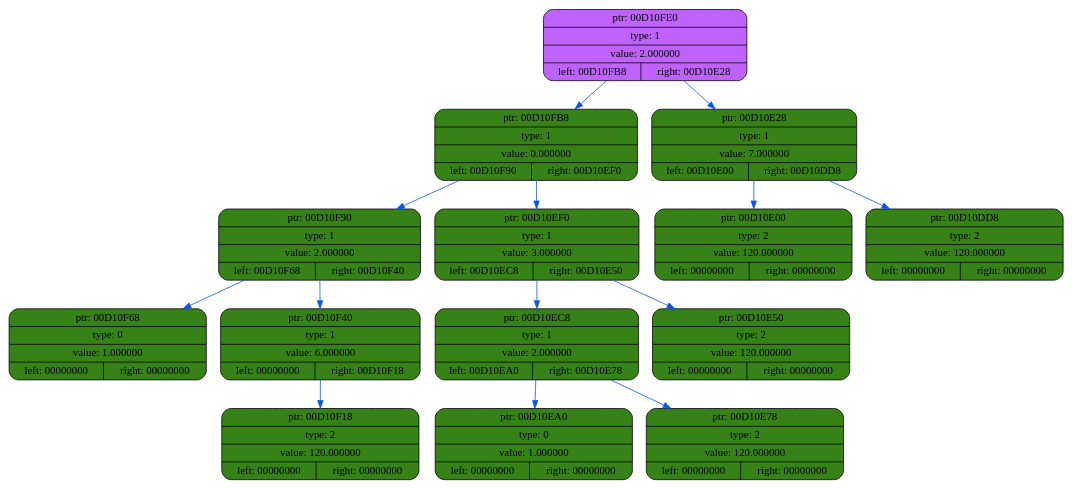
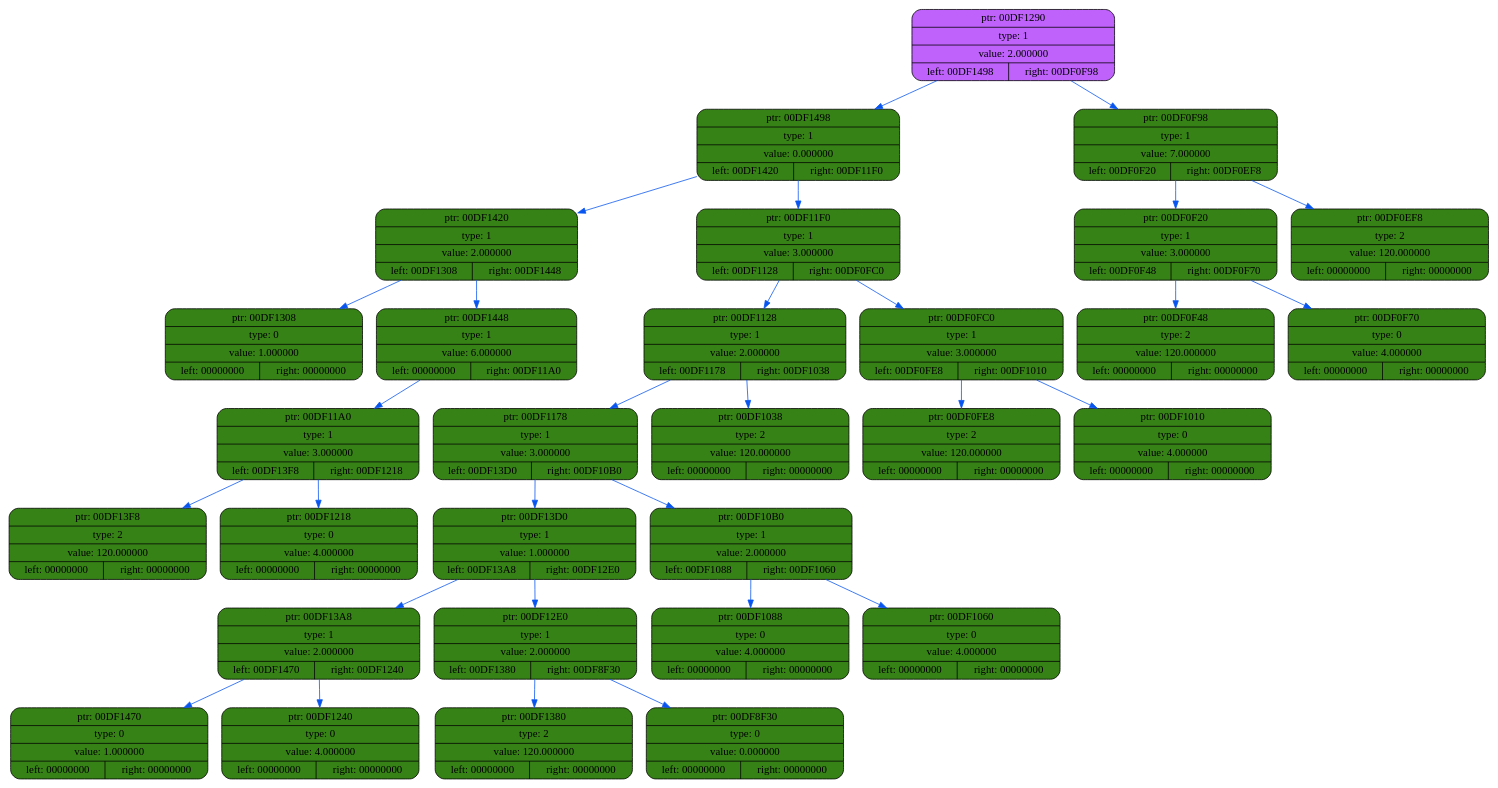
The diagram in dump/dump2.dot (coffee8cat/differentiator), drawn with Graphviz before and after one commit. The commit also changed 22 other files, not shown here.

```diff
--- a/dump/dump2.dot
+++ b/dump/dump2.dot
@@ -1,32 +1,64 @@
 digraph
 {
     rankdir=TP
 
-        node00D10FE0[shape=record,style="rounded,filled",fillcolor="#BF62FC",label="{ ptr: 00D10FE0 | type: 1 | value: 2.000000| { left: 00D10FB8 | right: 00D10E28 }}"];
-    node00D10FE0 -> node00D10FB8[color="#0855F0"]
-    node00D10FB8[shape=record,style="rounded,filled",fillcolor="#378217",label="{ ptr: 00D10FB8 | type: 1 | value: 0.000000| { left: 00D10F90 | right: 00D10EF0 }}"];
-    node00D10FB8 -> node00D10F90[color="#0855F0"]
-    node00D10F90[shape=record,style="rounded,filled",fillcolor="#378217",label="{ ptr: 00D10F90 | type: 1 | value: 2.000000| { left: 00D10F68 | right: 00D10F40 }}"];
-    node00D10F90 -> node00D10F68[color="#0855F0"]
-    node00D10F68[shape=record,style="rounded,filled",fillcolor="#378217",label="{ ptr: 00D10F68 | type: 0 | value: 1.000000| { left: 00000000 | right: 00000000 }}"];
-    node00D10F90 -> node00D10F40[color="#0855F0"]
-    node00D10F40[shape=record,style="rounded,filled",fillcolor="#378217",label="{ ptr: 00D10F40 | type: 1 | value: 6.000000| { left: 00000000 | right: 00D10F18 }}"];
-    node00D10F40 -> node00D10F18[color="#0855F0"]
-    node00D10F18[shape=record,style="rounded,filled",fillcolor="#378217",label="{ ptr: 00D10F18 | type: 2 | value: 120.000000| { left: 00000000 | right: 00000000 }}"];
-    node00D10FB8 -> node00D10EF0[color="#0855F0"]
-    node00D10EF0[shape=record,style="rounded,filled",fillcolor="#378217",label="{ ptr: 00D10EF0 | type: 1 | value: 3.000000| { left: 00D10EC8 | right: 00D10E50 }}"];
-    node00D10EF0 -> node00D10EC8[color="#0855F0"]
-    node00D10EC8[shape=record,style="rounded,filled",fillcolor="#378217",label="{ ptr: 00D10EC8 | type: 1 | value: 2.000000| { left: 00D10EA0 | right: 00D10E78 }}"];
-    node00D10EC8 -> node00D10EA0[color="#0855F0"]
-    node00D10EA0[shape=record,style="rounded,filled",fillcolor="#378217",label="{ ptr: 00D10EA0 | type: 0 | value: 1.000000| { left: 00000000 | right: 00000000 }}"];
-    node00D10EC8 -> node00D10E78[color="#0855F0"]
-    node00D10E78[shape=record,style="rounded,filled",fillcolor="#378217",label="{ ptr: 00D10E78 | type: 2 | value: 120.000000| { left: 00000000 | right: 00000000 }}"];
-    node00D10EF0 -> node00D10E50[color="#0855F0"]
-    node00D10E50[shape=record,style="rounded,filled",fillcolor="#378217",label="{ ptr: 00D10E50 | type: 2 | value: 120.000000| { left: 00000000 | right: 00000000 }}"];
-    node00D10FE0 -> node00D10E28[color="#0855F0"]
-    node00D10E28[shape=record,style="rounded,filled",fillcolor="#378217",label="{ ptr: 00D10E28 | type: 1 | value: 7.000000| { left: 00D10E00 | right: 00D10DD8 }}"];
-    node00D10E28 -> node00D10E00[color="#0855F0"]
-    node00D10E00[shape=record,style="rounded,filled",fillcolor="#378217",label="{ ptr: 00D10E00 | type: 2 | value: 120.000000| { left: 00000000 | right: 00000000 }}"];
-    node00D10E28 -> node00D10DD8[color="#0855F0"]
-    node00D10DD8[shape=record,style="rounded,filled",fillcolor="#378217",label="{ ptr: 00D10DD8 | type: 2 | value: 120.000000| { left: 00000000 | right: 00000000 }}"];
+        node00DF1290[shape=record,style="rounded,filled",fillcolor="#BF62FC",label="{ ptr: 00DF1290 | type: 1 | value: 2.000000| { left: 00DF1498 | right: 00DF0F98 }}"];
+    node00DF1290 -> node00DF1498[color="#0855F0"]
+    node00DF1498[shape=record,style="rounded,filled",fillcolor="#378217",label="{ ptr: 00DF1498 | type: 1 | value: 0.000000| { left: 00DF1420 | right: 00DF11F0 }}"];
+    node00DF1498 -> node00DF1420[color="#0855F0"]
+    node00DF1420[shape=record,style="rounded,filled",fillcolor="#378217",label="{ ptr: 00DF1420 | type: 1 | value: 2.000000| { left: 00DF1308 | right: 00DF1448 }}"];
+    node00DF1420 -> node00DF1308[color="#0855F0"]
+    node00DF1308[shape=record,style="rounded,filled",fillcolor="#378217",label="{ ptr: 00DF1308 | type: 0 | value: 1.000000| { left: 00000000 | right: 00000000 }}"];
+    node00DF1420 -> node00DF1448[color="#0855F0"]
+    node00DF1448[shape=record,style="rounded,filled",fillcolor="#378217",label="{ ptr: 00DF1448 | type: 1 | value: 6.000000| { left: 00000000 | right: 00DF11A0 }}"];
+    node00DF1448 -> node00DF11A0[color="#0855F0"]
+    node00DF11A0[shape=record,style="rounded,filled",fillcolor="#378217",label="{ ptr: 00DF11A0 | type: 1 | value: 3.000000| { left: 00DF13F8 | right: 00DF1218 }}"];
+    node00DF11A0 -> node00DF13F8[color="#0855F0"]
+    node00DF13F8[shape=record,style="rounded,filled",fillcolor="#378217",label="{ ptr: 00DF13F8 | type: 2 | value: 120.000000| { left: 00000000 | right: 00000000 }}"];
+    node00DF11A0 -> node00DF1218[color="#0855F0"]
+    node00DF1218[shape=record,style="rounded,filled",fillcolor="#378217",label="{ ptr: 00DF1218 | type: 0 | value: 4.000000| { left: 00000000 | right: 00000000 }}"];
+    node00DF1498 -> node00DF11F0[color="#0855F0"]
+    node00DF11F0[shape=record,style="rounded,filled",fillcolor="#378217",label="{ ptr: 00DF11F0 | type: 1 | value: 3.000000| { left: 00DF1128 | right: 00DF0FC0 }}"];
+    node00DF11F0 -> node00DF1128[color="#0855F0"]
+    node00DF1128[shape=record,style="rounded,filled",fillcolor="#378217",label="{ ptr: 00DF1128 | type: 1 | value: 2.000000| { left: 00DF1178 | right: 00DF1038 }}"];
+    node00DF1128 -> node00DF1178[color="#0855F0"]
+    node00DF1178[shape=record,style="rounded,filled",fillcolor="#378217",label="{ ptr: 00DF1178 | type: 1 | value: 3.000000| { left: 00DF13D0 | right: 00DF10B0 }}"];
+    node00DF1178 -> node00DF13D0[color="#0855F0"]
+    node00DF13D0[shape=record,style="rounded,filled",fillcolor="#378217",label="{ ptr: 00DF13D0 | type: 1 | value: 1.000000| { left: 00DF13A8 | right: 00DF12E0 }}"];
+    node00DF13D0 -> node00DF13A8[color="#0855F0"]
+    node00DF13A8[shape=record,style="rounded,filled",fillcolor="#378217",label="{ ptr: 00DF13A8 | type: 1 | value: 2.000000| { left: 00DF1470 | right: 00DF1240 }}"];
+    node00DF13A8 -> node00DF1470[color="#0855F0"]
+    node00DF1470[shape=record,style="rounded,filled",fillcolor="#378217",label="{ ptr: 00DF1470 | type: 0 | value: 1.000000| { left: 00000000 | right: 00000000 }}"];
+    node00DF13A8 -> node00DF1240[color="#0855F0"]
+    node00DF1240[shape=record,style="rounded,filled",fillcolor="#378217",label="{ ptr: 00DF1240 | type: 0 | value: 4.000000| { left: 00000000 | right: 00000000 }}"];
+    node00DF13D0 -> node00DF12E0[color="#0855F0"]
+    node00DF12E0[shape=record,style="rounded,filled",fillcolor="#378217",label="{ ptr: 00DF12E0 | type: 1 | value: 2.000000| { left: 00DF1380 | right: 00DF8F30 }}"];
+    node00DF12E0 -> node00DF1380[color="#0855F0"]
+    node00DF1380[shape=record,style="rounded,filled",fillcolor="#378217",label="{ ptr: 00DF1380 | type: 2 | value: 120.000000| { left: 00000000 | right: 00000000 }}"];
+    node00DF12E0 -> node00DF8F30[color="#0855F0"]
+    node00DF8F30[shape=record,style="rounded,filled",fillcolor="#378217",label="{ ptr: 00DF8F30 | type: 0 | value: 0.000000| { left: 00000000 | right: 00000000 }}"];
+    node00DF1178 -> node00DF10B0[color="#0855F0"]
+    node00DF10B0[shape=record,style="rounded,filled",fillcolor="#378217",label="{ ptr: 00DF10B0 | type: 1 | value: 2.000000| { left: 00DF1088 | right: 00DF1060 }}"];
+    node00DF10B0 -> node00DF1088[color="#0855F0"]
+    node00DF1088[shape=record,style="rounded,filled",fillcolor="#378217",label="{ ptr: 00DF1088 | type: 0 | value: 4.000000| { left: 00000000 | right: 00000000 }}"];
+    node00DF10B0 -> node00DF1060[color="#0855F0"]
+    node00DF1060[shape=record,style="rounded,filled",fillcolor="#378217",label="{ ptr: 00DF1060 | type: 0 | value: 4.000000| { left: 00000000 | right: 00000000 }}"];
+    node00DF1128 -> node00DF1038[color="#0855F0"]
+    node00DF1038[shape=record,style="rounded,filled",fillcolor="#378217",label="{ ptr: 00DF1038 | type: 2 | value: 120.000000| { left: 00000000 | right: 00000000 }}"];
+    node00DF11F0 -> node00DF0FC0[color="#0855F0"]
+    node00DF0FC0[shape=record,style="rounded,filled",fillcolor="#378217",label="{ ptr: 00DF0FC0 | type: 1 | value: 3.000000| { left: 00DF0FE8 | right: 00DF1010 }}"];
+    node00DF0FC0 -> node00DF0FE8[color="#0855F0"]
+    node00DF0FE8[shape=record,style="rounded,filled",fillcolor="#378217",label="{ ptr: 00DF0FE8 | type: 2 | value: 120.000000| { left: 00000000 | right: 00000000 }}"];
+    node00DF0FC0 -> node00DF1010[color="#0855F0"]
+    node00DF1010[shape=record,style="rounded,filled",fillcolor="#378217",label="{ ptr: 00DF1010 | type: 0 | value: 4.000000| { left: 00000000 | right: 00000000 }}"];
+    node00DF1290 -> node00DF0F98[color="#0855F0"]
+    node00DF0F98[shape=record,style="rounded,filled",fillcolor="#378217",label="{ ptr: 00DF0F98 | type: 1 | value: 7.000000| { left: 00DF0F20 | right: 00DF0EF8 }}"];
+    node00DF0F98 -> node00DF0F20[color="#0855F0"]
+    node00DF0F20[shape=record,style="rounded,filled",fillcolor="#378217",label="{ ptr: 00DF0F20 | type: 1 | value: 3.000000| { left: 00DF0F48 | right: 00DF0F70 }}"];
+    node00DF0F20 -> node00DF0F48[color="#0855F0"]
+    node00DF0F48[shape=record,style="rounded,filled",fillcolor="#378217",label="{ ptr: 00DF0F48 | type: 2 | value: 120.000000| { left: 00000000 | right: 00000000 }}"];
+    node00DF0F20 -> node00DF0F70[color="#0855F0"]
+    node00DF0F70[shape=record,style="rounded,filled",fillcolor="#378217",label="{ ptr: 00DF0F70 | type: 0 | value: 4.000000| { left: 00000000 | right: 00000000 }}"];
+    node00DF0F98 -> node00DF0EF8[color="#0855F0"]
+    node00DF0EF8[shape=record,style="rounded,filled",fillcolor="#378217",label="{ ptr: 00DF0EF8 | type: 2 | value: 120.000000| { left: 00000000 | right: 00000000 }}"];
 }
```
